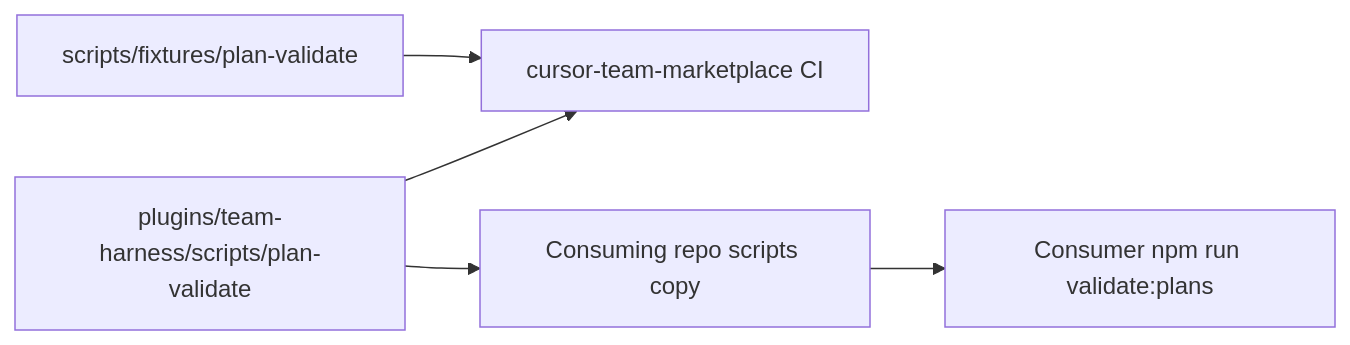
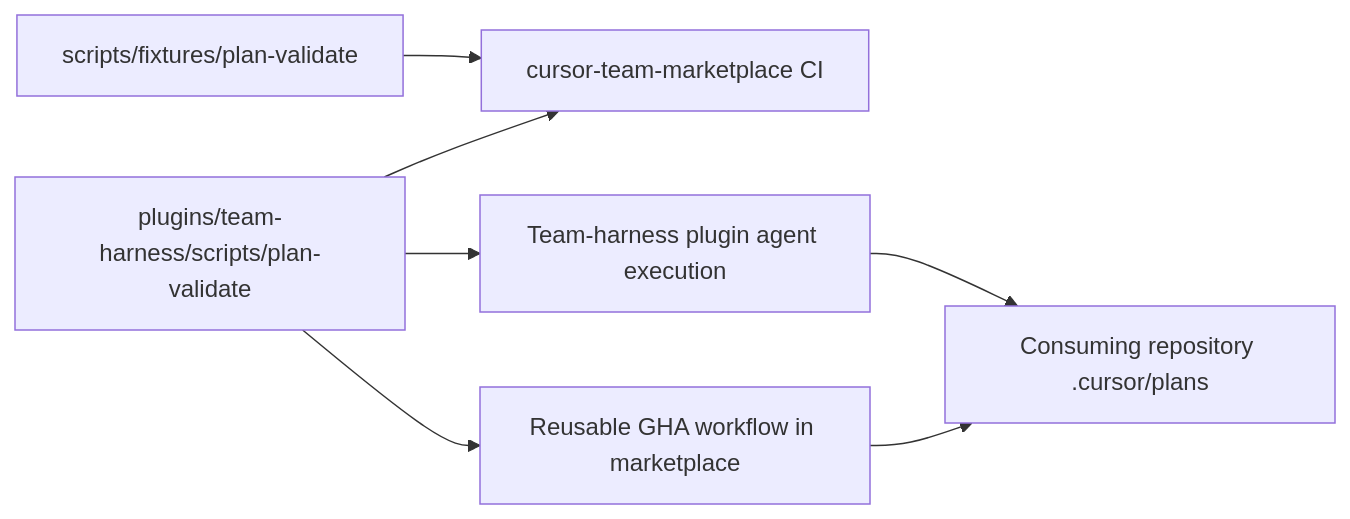
Before and after one commit to multipliers-dev/cursor-team-marketplace: the diagram in .cursor/plans/2026-10-23-plan-validator.plan.md, drawn with Mermaid. The commit also changed other lines of this file, not shown here.

````diff
--- a/.cursor/plans/2026-10-23-plan-validator.plan.md
+++ b/.cursor/plans/2026-10-23-plan-validator.plan.md
@@ -65,13 +68,16 @@
 ```mermaid
 flowchart LR
   canonical["plugins/team-harness/scripts/plan-validate"]
   marketplaceCI["cursor-team-marketplace CI"]
   fixtures["scripts/fixtures/plan-validate"]
-  consumer["Consuming repo scripts copy"]
-  consumerCI["Consumer npm run validate:plans"]
+  pluginExec["Team-harness plugin agent execution"]
+  reusableWF["Reusable GHA workflow in marketplace"]
+  consumerPlans["Consuming repository .cursor/plans"]
 
   canonical --> marketplaceCI
   fixtures --> marketplaceCI
-  canonical --> consumer
-  consumer --> consumerCI
+  canonical --> pluginExec
+  canonical --> reusableWF
+  pluginExec --> consumerPlans
+  reusableWF --> consumerPlans
 ```
````
